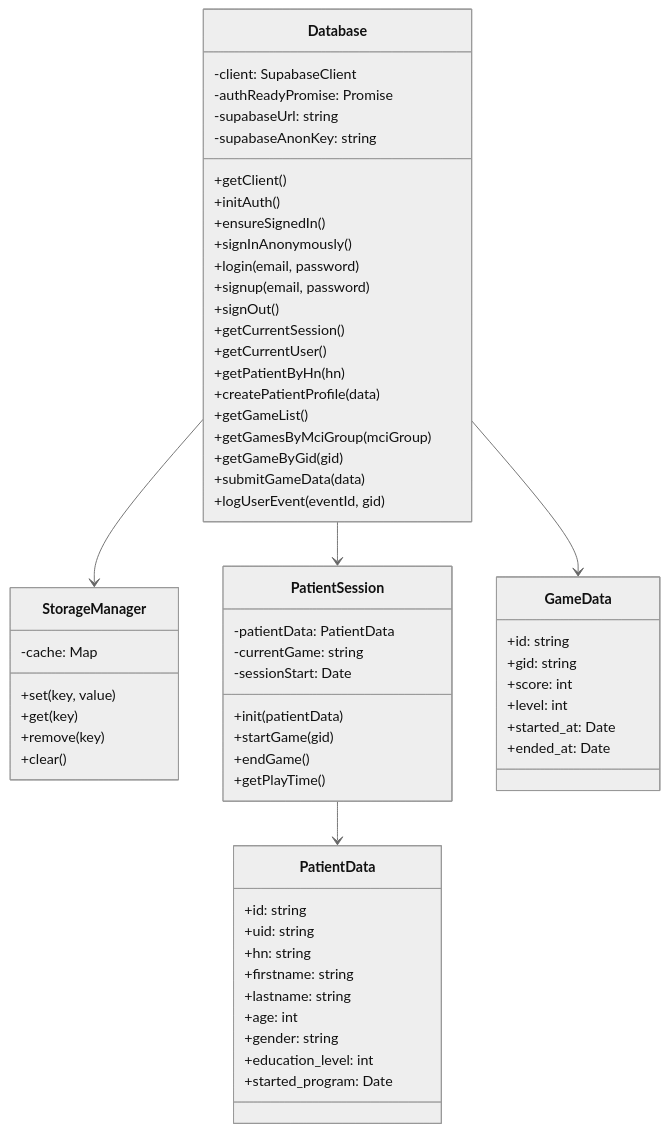
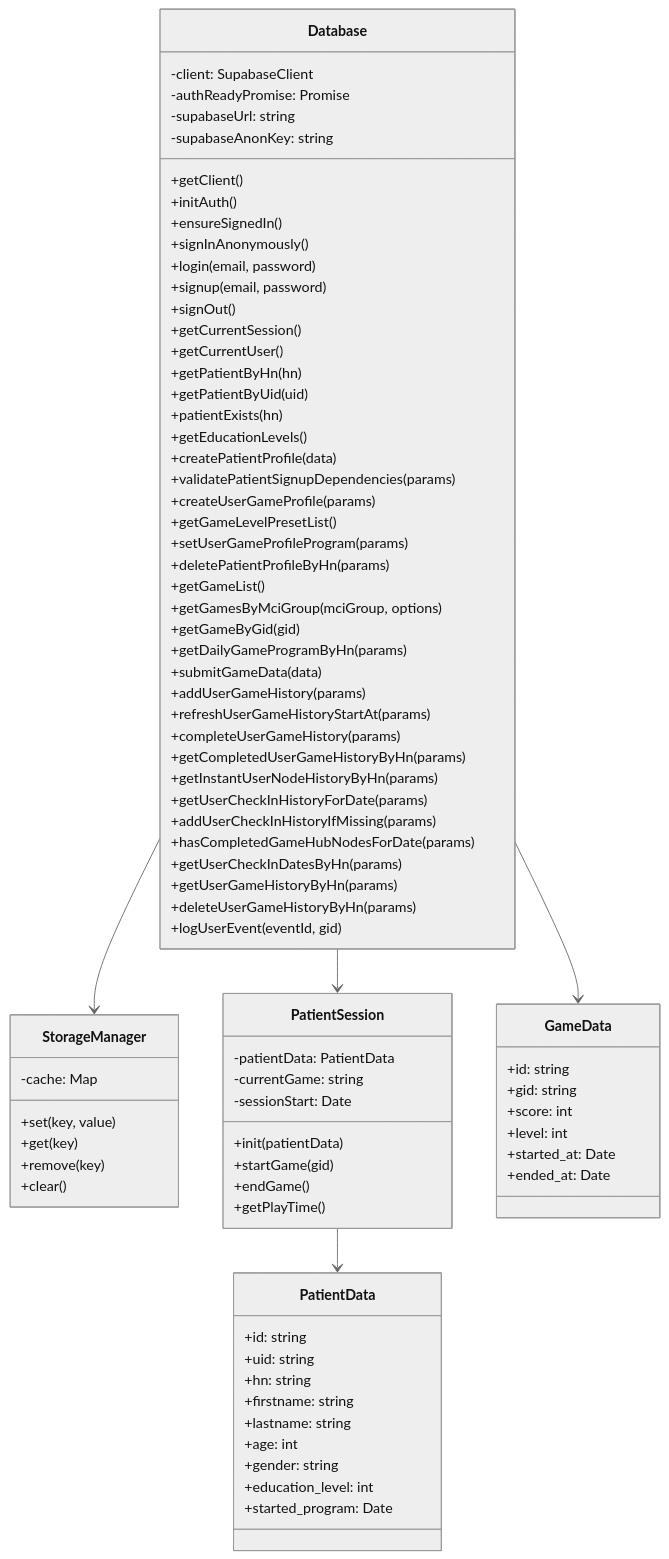
Before and after one commit to ChayutChanmueang/mci-cognitive-game-hub-dev-deploy: the tenth of 13 diagrams in docs/software/02-class-diagram.md, drawn with Mermaid (neutral theme). The commit also changed other lines of this file and 4 other files, not shown here.

Commit message:
docs: add technical documentation, system design, data schema, and game class diagrams

```diff
--- a/docs/software/02-class-diagram.md
+++ b/docs/software/02-class-diagram.md
@@ -501,11 +501,31 @@
         +getCurrentSession()
         +getCurrentUser()
         +getPatientByHn(hn)
+        +getPatientByUid(uid)
+        +patientExists(hn)
+        +getEducationLevels()
         +createPatientProfile(data)
+        +validatePatientSignupDependencies(params)
+        +createUserGameProfile(params)
+        +getGameLevelPresetList()
+        +setUserGameProfileProgram(params)
+        +deletePatientProfileByHn(params)
         +getGameList()
-        +getGamesByMciGroup(mciGroup)
+        +getGamesByMciGroup(mciGroup, options)
         +getGameByGid(gid)
+        +getDailyGameProgramByHn(params)
         +submitGameData(data)
+        +addUserGameHistory(params)
+        +refreshUserGameHistoryStartAt(params)
+        +completeUserGameHistory(params)
+        +getCompletedUserGameHistoryByHn(params)
+        +getInstantUserNodeHistoryByHn(params)
+        +getUserCheckInHistoryForDate(params)
+        +addUserCheckInHistoryIfMissing(params)
+        +hasCompletedGameHubNodesForDate(params)
+        +getUserCheckInDatesByHn(params)
+        +getUserGameHistoryByHn(params)
+        +deleteUserGameHistoryByHn(params)
         +logUserEvent(eventId, gid)
     }
 
```
